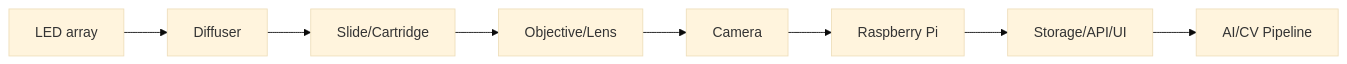
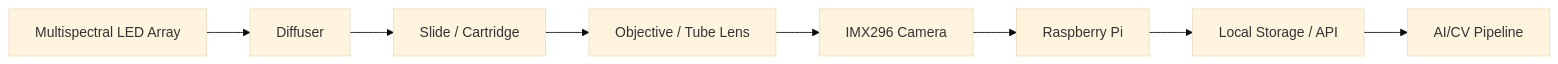
Before and after one commit to abhishekadile/cbc: the first of 2 diagrams in design-docs/hardware/README.md, drawn with Mermaid (base theme). The commit also changed other lines of this file and 28 other files, not shown here.

````diff
--- a/design-docs/hardware/README.md
+++ b/design-docs/hardware/README.md
@@ -19,10 +28,10 @@
 ```mermaid
 flowchart LR
-    LED[LED array] --> Diffuser
-    Diffuser --> Sample[Slide/Cartridge]
-    Sample --> Optics[Objective/Lens]
-    Optics --> Camera
+    LED[Multispectral LED Array] --> Diffuser[Diffuser]
+    Diffuser --> Sample[Slide / Cartridge]
+    Sample --> Optics[Objective / Tube Lens]
+    Optics --> Camera[IMX296 Camera]
     Camera --> RPi[Raspberry Pi]
-    RPi --> Storage[Storage/API/UI]
+    RPi --> Storage[Local Storage / API]
     Storage --> Pipeline[AI/CV Pipeline]
 ```
````
